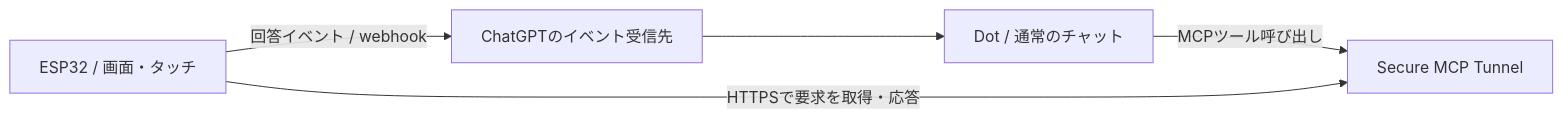
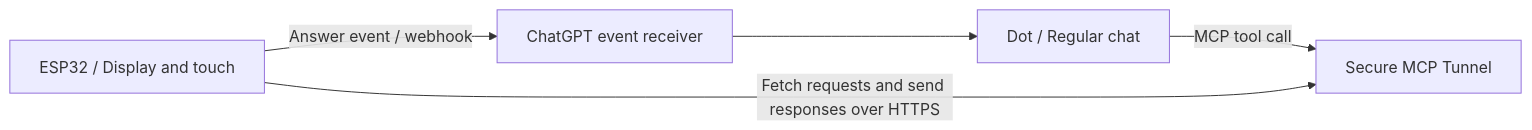
Before and after one commit to usedhonda/dots-device: the diagram in README.md, drawn with Mermaid. The commit also changed other lines of this file, not shown here.

````diff
--- a/README.md
+++ b/README.md
@@ -33,7 +35,7 @@
 ```mermaid
 flowchart LR
-    Dot[Dot / 通常のチャット] -->|MCPツール呼び出し| Tunnel[Secure MCP Tunnel]
-    Device[ESP32 / 画面・タッチ] -->|HTTPSで要求を取得・応答| Tunnel
-    Device -->|回答イベント / webhook| Events[ChatGPTのイベント受信先]
+    Dot[Dot / Regular chat] -->|MCP tool call| Tunnel[Secure MCP Tunnel]
+    Device[ESP32 / Display and touch] -->|Fetch requests and send responses over HTTPS| Tunnel
+    Device -->|Answer event / webhook| Events[ChatGPT event receiver]
     Events --> Dot
 ```
````
